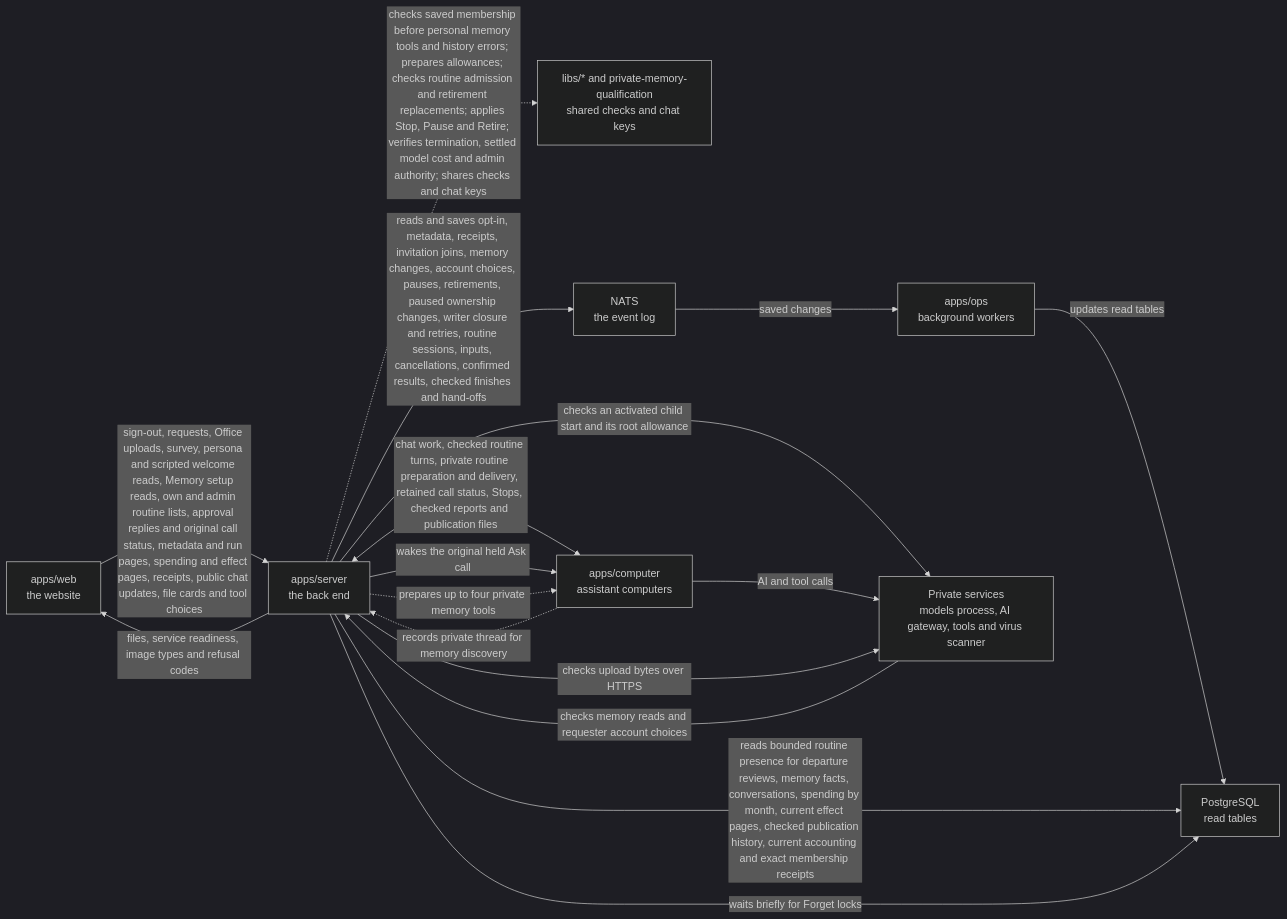
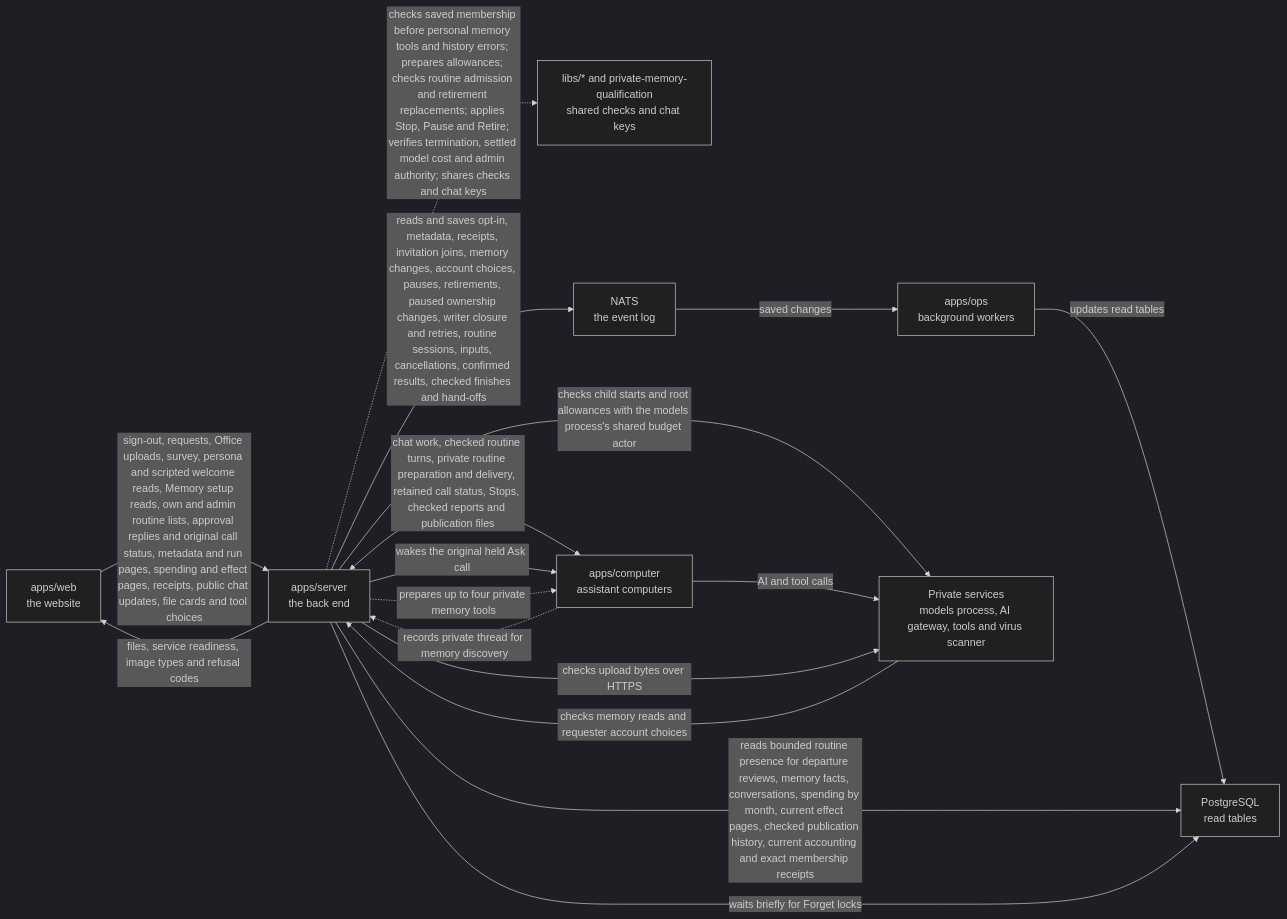
One commit to elewa-git/opencrane-new changed the diagram in apps/server/README.md. Above: the diagram before and after it, drawn with Mermaid (dark theme). The commit also changed other lines of this file and 7 other files, not shown here.

````diff
--- a/apps/server/README.md
+++ b/apps/server/README.md
@@ -221,19 +221,19 @@
 ```mermaid
 flowchart LR
   web["apps/web<br/>the website"] -->|sign-out, requests, Office uploads, survey, persona and scripted welcome reads, Memory setup reads, own and admin routine lists, approval replies and original call status, metadata and run pages, spending and effect pages, receipts, public chat updates, file cards and tool choices| server["apps/server<br/>the back end"]
   server -.->|checks saved membership before personal memory tools and history errors; prepares allowances; checks routine admission and retirement replacements; applies Stop, Pause and Retire; verifies termination, settled model cost and admin authority; shares checks and chat keys| libs["libs/* and private-memory-qualification<br/>shared checks and chat keys"]
   server -->|reads and saves opt-in, metadata, receipts, invitation joins, memory changes, account choices, pauses, retirements, paused ownership changes, writer closure and retries, routine sessions, inputs, cancellations, confirmed results, checked finishes and hand-offs| nats["NATS<br/>the event log"]
   nats -->|saved changes| ops["apps/ops<br/>background workers"]
   ops -->|updates read tables| postgres["PostgreSQL<br/>read tables"]
   server -->|reads bounded routine presence for departure reviews, memory facts, conversations, spending by month, current effect pages, checked publication history, current accounting and exact membership receipts| postgres
   server -->|waits briefly for Forget locks| postgres
   server <-->|chat work, checked routine turns, private routine preparation and delivery, retained call status, Stops, checked reports and publication files| computer["apps/computer<br/>assistant computers"]
   server -->|wakes the original held Ask call| computer
-  server -->|checks an activated child start and its root allowance| runtime
+  server -->|checks child starts and root allowances with the models process's shared budget actor| runtime
   computer -.->|records private thread for memory discovery| server
   server -.->|prepares up to four private memory tools| computer
   computer -->|AI and tool calls| runtime["Private services<br/>models process, AI gateway, tools and virus scanner"]
   server -->|files, service readiness, image types and refusal codes| web
   server -->|checks upload bytes over HTTPS| runtime
   runtime -->|checks memory reads and requester account choices| server
 ```
````
